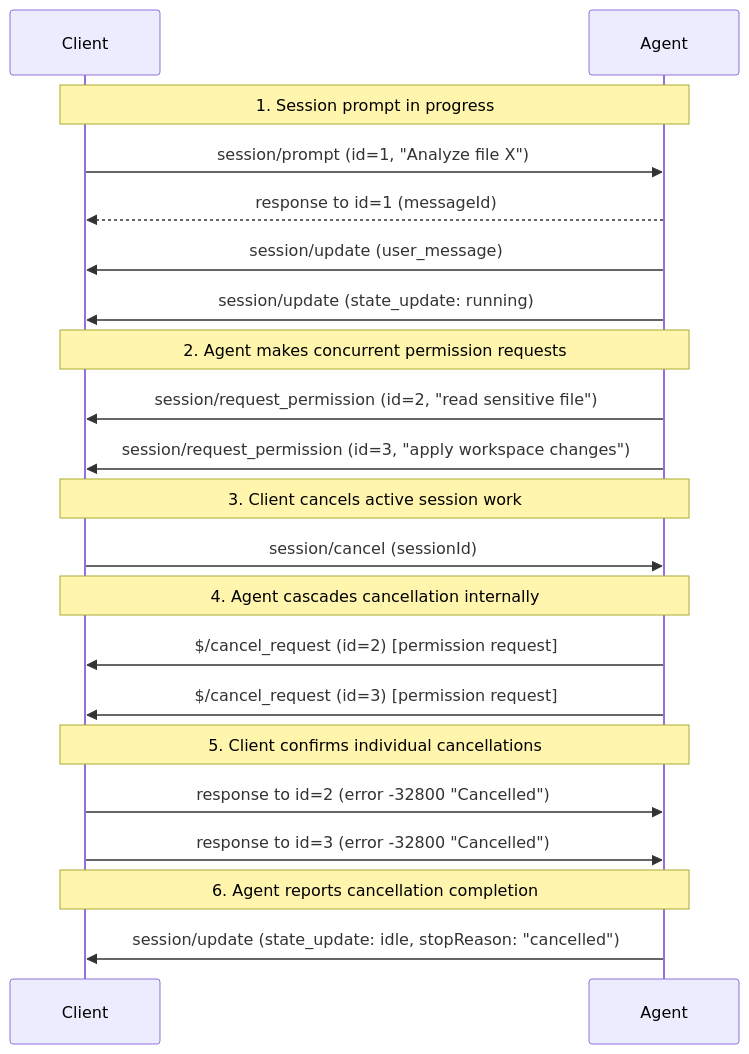
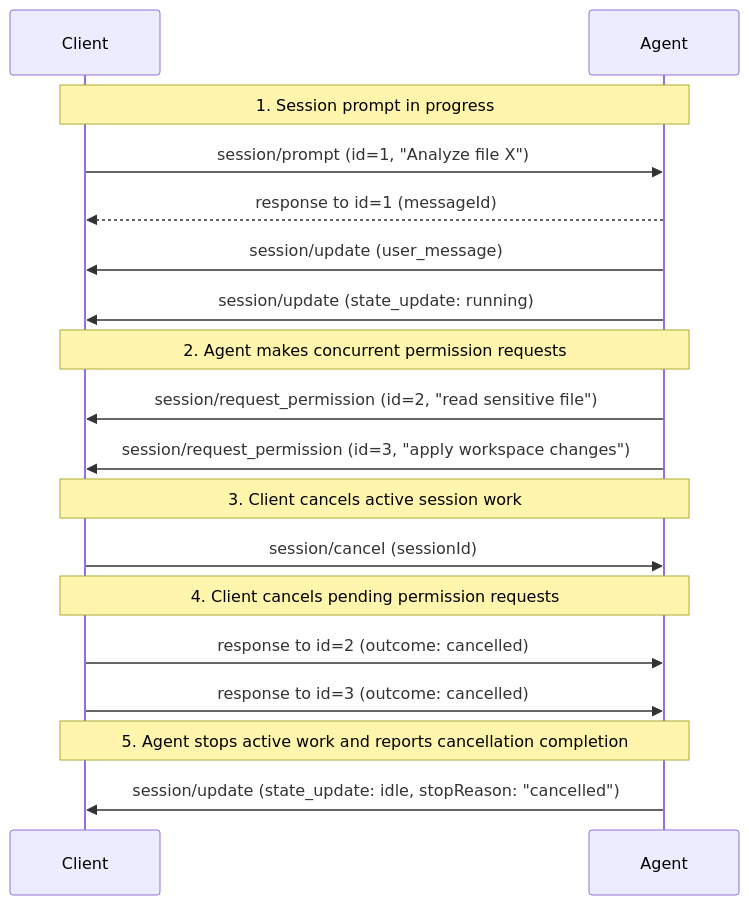
Before and after one commit to dayanruben/agent-client-protocol: the diagram in docs/protocol/v2/cancellation.mdx, drawn with Mermaid. The commit also changed 4 other files, not shown here.

````diff
--- a/docs/protocol/v2/cancellation.mdx
+++ b/docs/protocol/v2/cancellation.mdx
@@ -44,29 +46,25 @@
 ```mermaid
 sequenceDiagram
     participant Client
     participant Agent
 
     Note over Client,Agent: 1. Session prompt in progress
     Client->>Agent: session/prompt (id=1, "Analyze file X")
     Agent-->>Client: response to id=1 (messageId)
     Agent->>Client: session/update (user_message)
     Agent->>Client: session/update (state_update: running)
 
     Note over Client,Agent: 2. Agent makes concurrent permission requests
     Agent->>Client: session/request_permission (id=2, "read sensitive file")
     Agent->>Client: session/request_permission (id=3, "apply workspace changes")
 
     Note over Client,Agent: 3. Client cancels active session work
     Client->>Agent: session/cancel (sessionId)
 
-    Note over Client,Agent: 4. Agent cascades cancellation internally
-    Agent->>Client: $/cancel_request (id=2) [permission request]
-    Agent->>Client: $/cancel_request (id=3) [permission request]
+    Note over Client,Agent: 4. Client cancels pending permission requests
+    Client->>Agent: response to id=2 (outcome: cancelled)
+    Client->>Agent: response to id=3 (outcome: cancelled)
 
-    Note over Client,Agent: 5. Client confirms individual cancellations
-    Client->>Agent: response to id=2 (error -32800 "Cancelled")
-    Client->>Agent: response to id=3 (error -32800 "Cancelled")
-
-    Note over Client,Agent: 6. Agent reports cancellation completion
+    Note over Client,Agent: 5. Agent stops active work and reports cancellation completion
     Agent->>Client: session/update (state_update: idle, stopReason: "cancelled")
 ```
````
